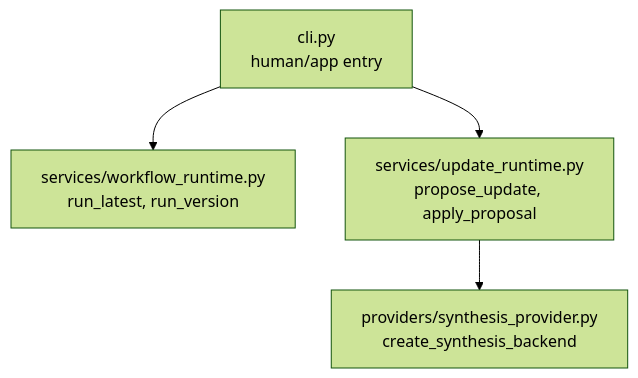
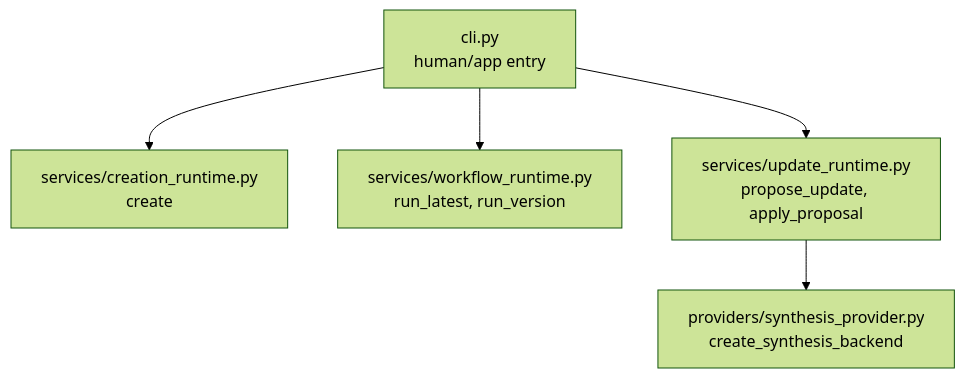
One commit to minguk-jang/spica_at_home changed the second of 3 diagrams in webmcp/core/README.md. Above: the diagram before and after it, drawn with Mermaid (forest theme). The commit also changed other lines of this file and 81 other files, not shown here.

````diff
--- a/webmcp/core/README.md
+++ b/webmcp/core/README.md
@@ -38,11 +38,13 @@
 ```mermaid
 flowchart TB
   CLI["cli.py<br/>human/app entry"]
+  Creation["services/creation_runtime.py<br/>create"]
   Runtime["services/workflow_runtime.py<br/>run_latest, run_version"]
   Update["services/update_runtime.py<br/>propose_update, apply_proposal"]
   Provider["providers/synthesis_provider.py<br/>create_synthesis_backend"]
 
+  CLI --> Creation
   CLI --> Runtime
   CLI --> Update
   Update --> Provider
 ```
````
